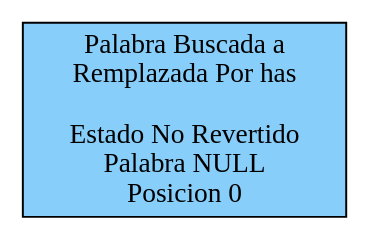
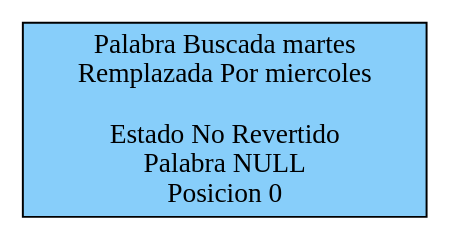
One commit to ChrisUSAC/EDD_1S2020_P1_201709272 changed the diagram in uedit/PilaNoRevertidos.dot. Above: the diagram before and after it, drawn with Graphviz. The commit also changed 23 other files, not shown here.

```diff
--- a/uedit/PilaNoRevertidos.dot
+++ b/uedit/PilaNoRevertidos.dot
@@ -1,11 +1,11 @@
 digraph p{ 
 rankdir=LR 
 node[ shape = box] 
-0[label = "Palabra Buscada a
-Remplazada Por has
+0[label = "Palabra Buscada martes
+Remplazada Por miercoles
 
 Estado No Revertido
 Palabra NULL
 Posicion 0
 " width=2.0, fillcolor = lightskyblue, style = filled ]; 
 }
```
